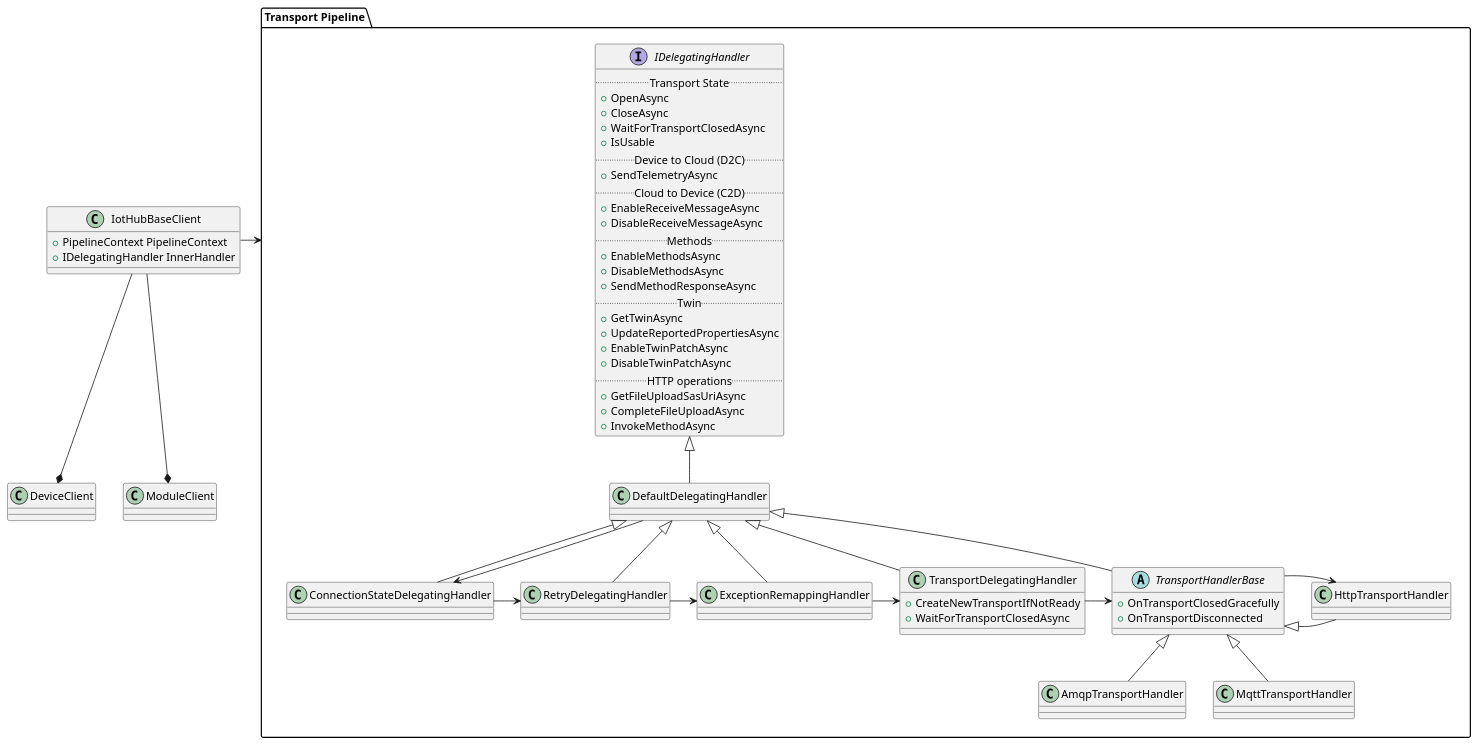
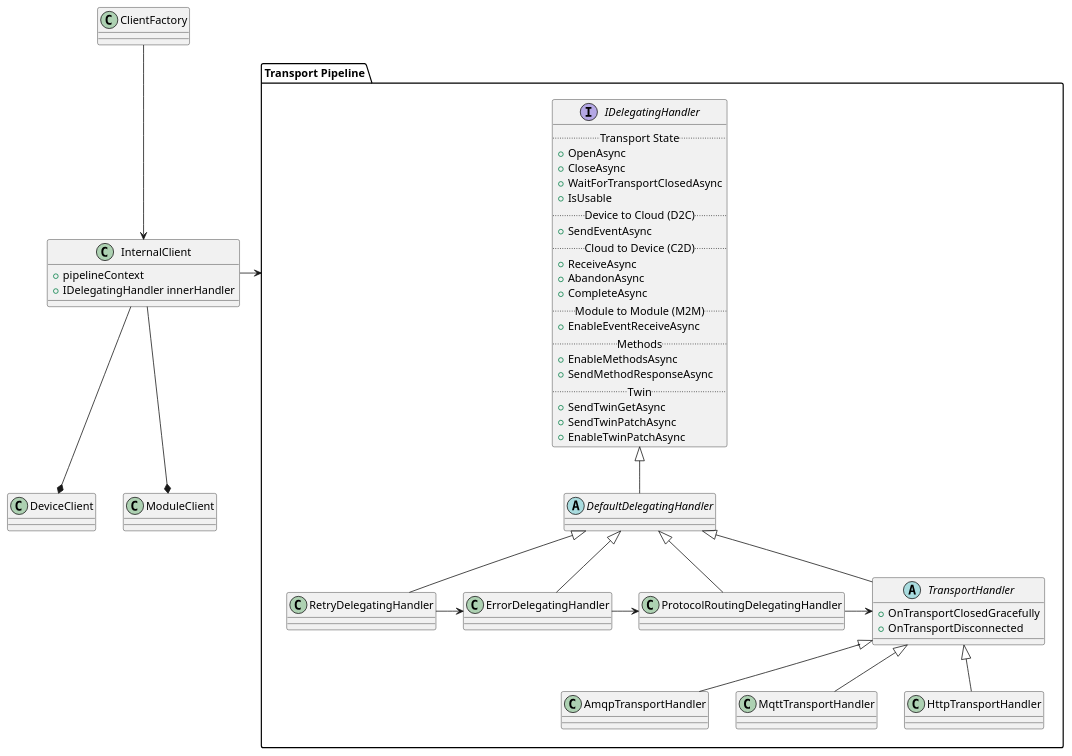
The diagram in iothub/device/devdoc/architecture.puml (Azure/azure-iot-sdk-csharp), drawn with PlantUML before and after one commit. The commit also changed 1594 other files, not shown here.

```diff
--- a/iothub/device/devdoc/architecture.puml
+++ b/iothub/device/devdoc/architecture.puml
@@ -1,105 +1,98 @@
 @startuml csharpDeviceClientSDKArchitecture
-class IotHubBaseClient
+class ClientFactory 
+{ 
+}
+
+class InternalClient 
 {
-  + PipelineContext PipelineContext
-  + IDelegatingHandler InnerHandler
+  + pipelineContext
+  + IDelegatingHandler innerHandler
 }
 
 class DeviceClient 
 { 
 }
 
 class ModuleClient 
 {
 }
 
-IotHubBaseClient --* DeviceClient
-IotHubBaseClient --* ModuleClient
-IotHubBaseClient -> "Transport Pipeline"
+ClientFactory --> InternalClient
+InternalClient --* DeviceClient
+InternalClient --* ModuleClient
+InternalClient -> "Transport Pipeline"
 
 package "Transport Pipeline" 
 {
   interface IDelegatingHandler 
   {
     ..Transport State..
     + OpenAsync
     + CloseAsync
     + WaitForTransportClosedAsync
     + IsUsable
     ..Device to Cloud (D2C)..
-    + SendTelemetryAsync
+    + SendEventAsync
     ..Cloud to Device (C2D)..
-    + EnableReceiveMessageAsync
-    + DisableReceiveMessageAsync
+    + ReceiveAsync
+    + AbandonAsync
+    + CompleteAsync
+    ..Module to Module (M2M)..
+    + EnableEventReceiveAsync
     ..Methods..
     + EnableMethodsAsync
-    + DisableMethodsAsync
     + SendMethodResponseAsync
     ..Twin..
-    + GetTwinAsync
-    + UpdateReportedPropertiesAsync
+    + SendTwinGetAsync
+    + SendTwinPatchAsync
     + EnableTwinPatchAsync
-    + DisableTwinPatchAsync
-    ..HTTP operations..
-    + GetFileUploadSasUriAsync
-    + CompleteFileUploadAsync
-    + InvokeMethodAsync
   }
 
-  class DefaultDelegatingHandler 
-  {
-  }
-
-  class ConnectionStateDelegatingHandler
+  abstract class DefaultDelegatingHandler 
   {
   }
 
   class RetryDelegatingHandler 
   {
   }
 
-  class ExceptionRemappingHandler
+  class ErrorDelegatingHandler 
   {
   }
 
-  class TransportDelegatingHandler
+  class ProtocolRoutingDelegatingHandler 
   {
-    + CreateNewTransportIfNotReady
-    + WaitForTransportClosedAsync
   }
 
-  abstract class TransportHandlerBase
+  abstract class TransportHandler 
   {
     + OnTransportClosedGracefully
     + OnTransportDisconnected
   }
 
   class AmqpTransportHandler 
   {
   }
 
   class MqttTransportHandler 
   {
   }
 
   class HttpTransportHandler 
   {
   }
 
   IDelegatingHandler <|-- DefaultDelegatingHandler
-  DefaultDelegatingHandler <|-- ConnectionStateDelegatingHandler
   DefaultDelegatingHandler <|-- RetryDelegatingHandler
-  DefaultDelegatingHandler <|-- ExceptionRemappingHandler
-  DefaultDelegatingHandler <|-- TransportDelegatingHandler
-  DefaultDelegatingHandler <|-- TransportHandlerBase
-  TransportHandlerBase <|-- MqttTransportHandler
-  TransportHandlerBase <|-- AmqpTransportHandler
-  TransportHandlerBase <|-- HttpTransportHandler
-  DefaultDelegatingHandler --> ConnectionStateDelegatingHandler
-  ConnectionStateDelegatingHandler -> RetryDelegatingHandler
-  RetryDelegatingHandler -> ExceptionRemappingHandler
-  ExceptionRemappingHandler-> TransportDelegatingHandler
-  TransportDelegatingHandler -> TransportHandlerBase
-  TransportHandlerBase -> HttpTransportHandler
+  DefaultDelegatingHandler <|-- ErrorDelegatingHandler
+  DefaultDelegatingHandler <|-- ProtocolRoutingDelegatingHandler
+  DefaultDelegatingHandler <|-- TransportHandler
+  TransportHandler <|-- AmqpTransportHandler
+  TransportHandler <|-- MqttTransportHandler
+  TransportHandler <|-- HttpTransportHandler
+  RetryDelegatingHandler -> ErrorDelegatingHandler
+  ErrorDelegatingHandler -> ProtocolRoutingDelegatingHandler
+  ProtocolRoutingDelegatingHandler -> TransportHandler
 }
+
 @enduml
```
